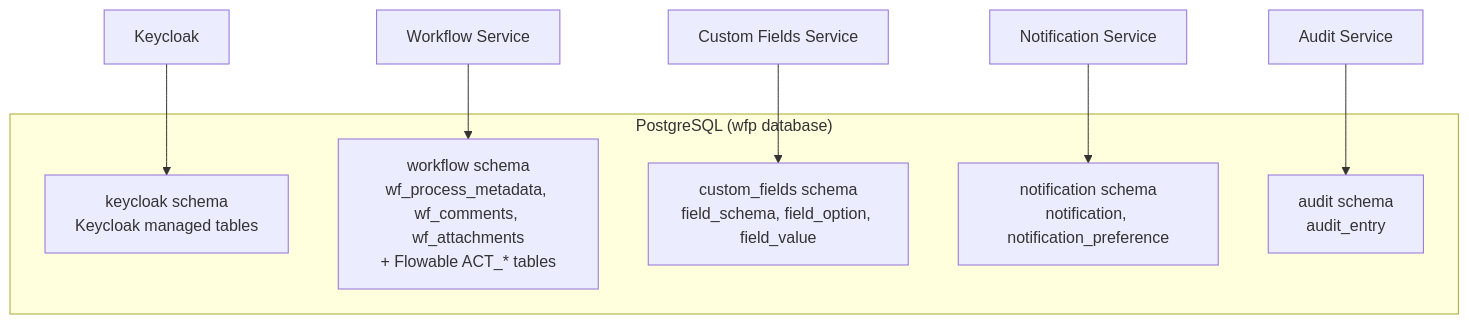
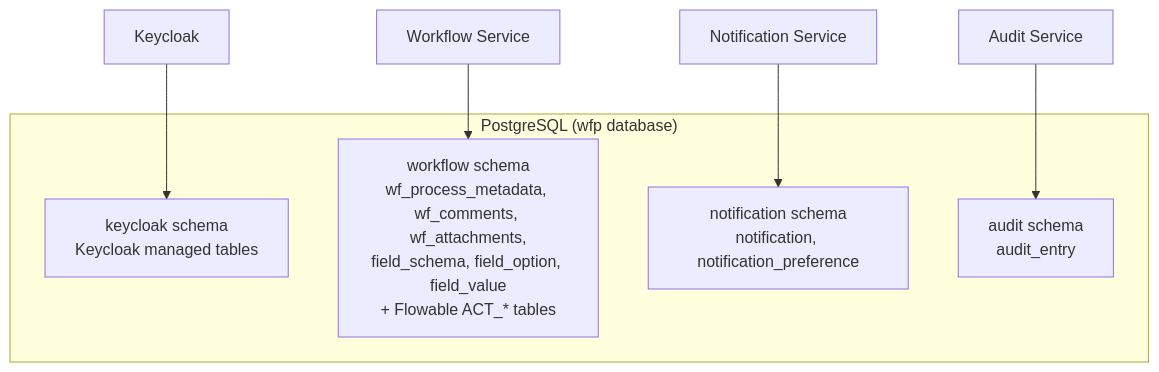
One commit to mszalus/workflow-platform changed the third of 6 diagrams in docs/architecture/c4-deployment.md. Above: the diagram before and after it, drawn with Mermaid. The commit also changed other lines of this file and 55 other files, not shown here.

First line of the commit message:
feat(workflow): fold custom-fields-service into workflow-service

````diff
--- a/docs/architecture/c4-deployment.md
+++ b/docs/architecture/c4-deployment.md
@@ -66,16 +63,14 @@
 ```mermaid
 flowchart TD
     subgraph "PostgreSQL (wfp database)"
         KS["keycloak schema<br/>Keycloak managed tables"]
-        WS["workflow schema<br/>wf_process_metadata, wf_comments, wf_attachments<br/>+ Flowable ACT_* tables"]
-        CFS["custom_fields schema<br/>field_schema, field_option, field_value"]
+        WS["workflow schema<br/>wf_process_metadata, wf_comments, wf_attachments,<br/>field_schema, field_option, field_value<br/>+ Flowable ACT_* tables"]
         NS["notification schema<br/>notification, notification_preference"]
         AS["audit schema<br/>audit_entry"]
     end
 
     KC[Keycloak] --> KS
     WF[Workflow Service] --> WS
-    CF[Custom Fields Service] --> CFS
     NF[Notification Service] --> NS
     AU[Audit Service] --> AS
 ```
````
